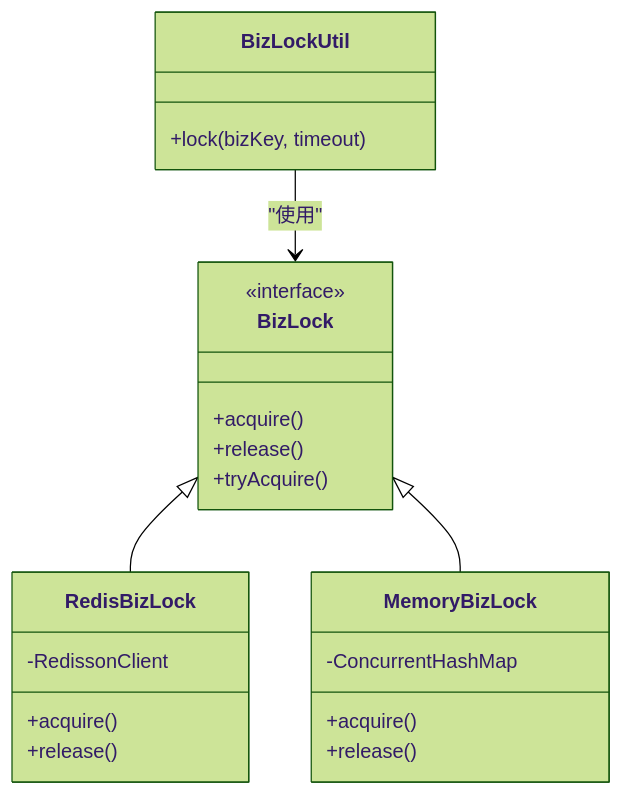
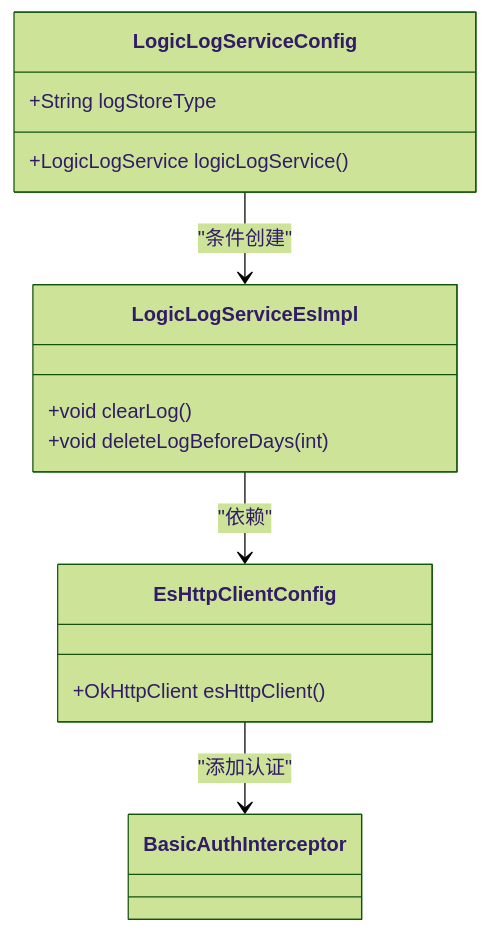
One commit to lk-keep-fighting/logic-solution changed the third of 4 diagrams in .qoder/repowiki/zh/content/技术栈与依赖.md. Above: the diagram before and after it, drawn with Mermaid (forest theme). The commit also changed other lines of this file and 104 other files, not shown here.

````diff
--- a/.qoder/repowiki/zh/content/技术栈与依赖.md
+++ b/.qoder/repowiki/zh/content/技术栈与依赖.md
@@ -138,25 +112,17 @@
 ```mermaid
 classDiagram
-class BizLock {
-<<interface>>
-+acquire()
-+release()
-+tryAcquire()
+class LogicLogServiceConfig {
++String logStoreType
++LogicLogService logicLogService()
 }
-class RedisBizLock {
--RedissonClient
-+acquire()
-+release()
+class LogicLogServiceEsImpl {
++void clearLog()
++void deleteLogBeforeDays(int)
 }
-class MemoryBizLock {
--ConcurrentHashMap
-+acquire()
-+release()
+class EsHttpClientConfig {
++OkHttpClient esHttpClient()
 }
-class BizLockUtil {
-+lock(bizKey, timeout)
-}
-BizLock <|-- RedisBizLock
-BizLock <|-- MemoryBizLock
-BizLockUtil --> BizLock : "使用"
+LogicLogServiceConfig --> LogicLogServiceEsImpl : "条件创建"
+LogicLogServiceEsImpl --> EsHttpClientConfig : "依赖"
+EsHttpClientConfig --> BasicAuthInterceptor : "添加认证"
 ```
````
